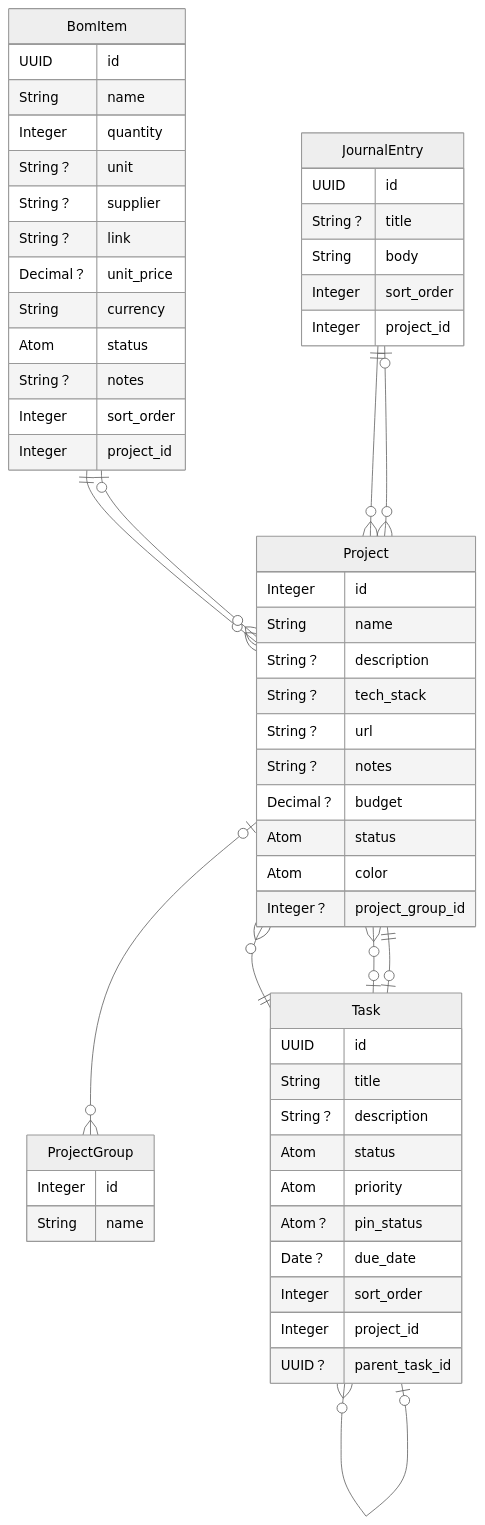
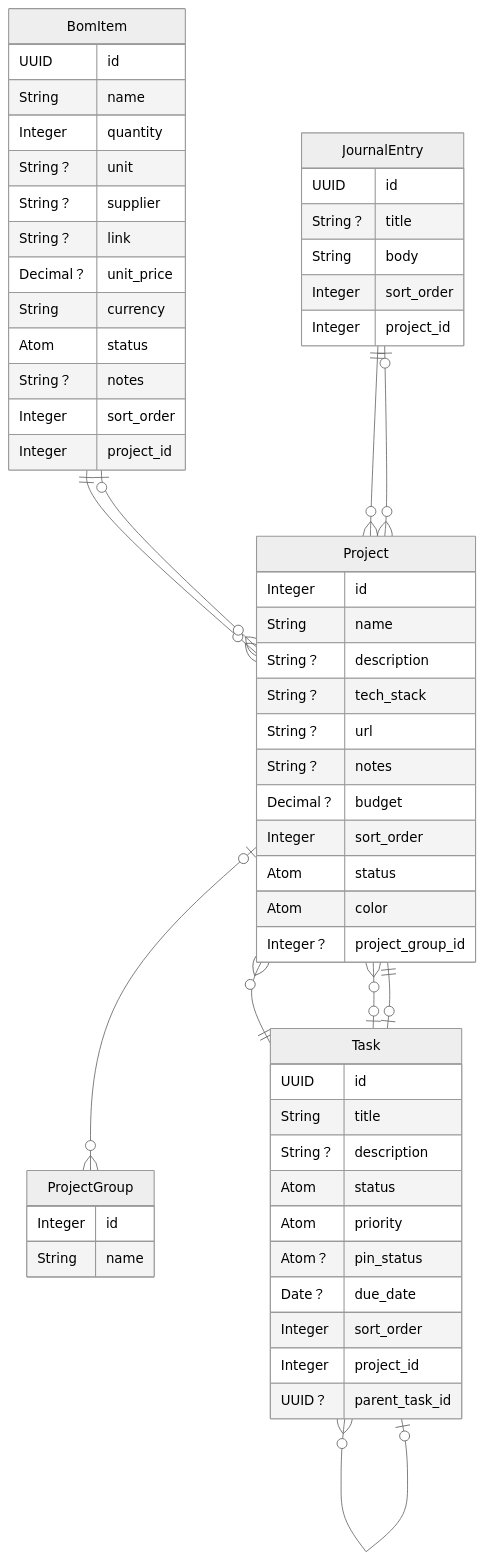
One commit to ViktorLindstrm/forge changed the diagram in docs/architecture.md. Above: the diagram before and after it, drawn with Mermaid (neutral theme).

Commit message:
chore: update architecture diagram [skip ci]

````diff
--- a/docs/architecture.md
+++ b/docs/architecture.md
@@ -8,63 +8,64 @@
 ```mermaid
 erDiagram
   "Forge.Projects.BomItem"["BomItem"] {
     UUID id
     String name
     Integer quantity
     String？ unit
     String？ supplier
     String？ link
     Decimal？ unit_price
     String currency
     Atom status
     String？ notes
     Integer sort_order
     Integer project_id
   }
   "Forge.Projects.JournalEntry"["JournalEntry"] {
     UUID id
     String？ title
     String body
     Integer sort_order
     Integer project_id
   }
   "Forge.Projects.Project"["Project"] {
     Integer id
     String name
     String？ description
     String？ tech_stack
     String？ url
     String？ notes
     Decimal？ budget
+    Integer sort_order
     Atom status
     Atom color
     Integer？ project_group_id
   }
   "Forge.Projects.ProjectGroup"["ProjectGroup"] {
     Integer id
     String name
   }
   "Forge.Projects.Task"["Task"] {
     UUID id
     String title
     String？ description
     Atom status
     Atom priority
     Atom？ pin_status
     Date？ due_date
     Integer sort_order
     Integer project_id
     UUID？ parent_task_id
   }
   "Forge.Projects.JournalEntry" ||--o{ "Forge.Projects.Project" : ""
   "Forge.Projects.Project" |o--o{ "Forge.Projects.ProjectGroup" : ""
   "Forge.Projects.BomItem" ||--o{ "Forge.Projects.Project" : ""
   "Forge.Projects.Project" }o--|| "Forge.Projects.Task" : ""
   "Forge.Projects.Task" |o--o{ "Forge.Projects.Task" : ""
   "Forge.Projects.Project" }o--o| "Forge.Projects.Task" : ""
   "Forge.Projects.BomItem" |o--o{ "Forge.Projects.Project" : ""
   "Forge.Projects.JournalEntry" |o--o{ "Forge.Projects.Project" : ""
   "Forge.Projects.Task" }o--o| "Forge.Projects.Task" : ""
   "Forge.Projects.Project" ||--o| "Forge.Projects.Task" : ""
 
 ```
````
